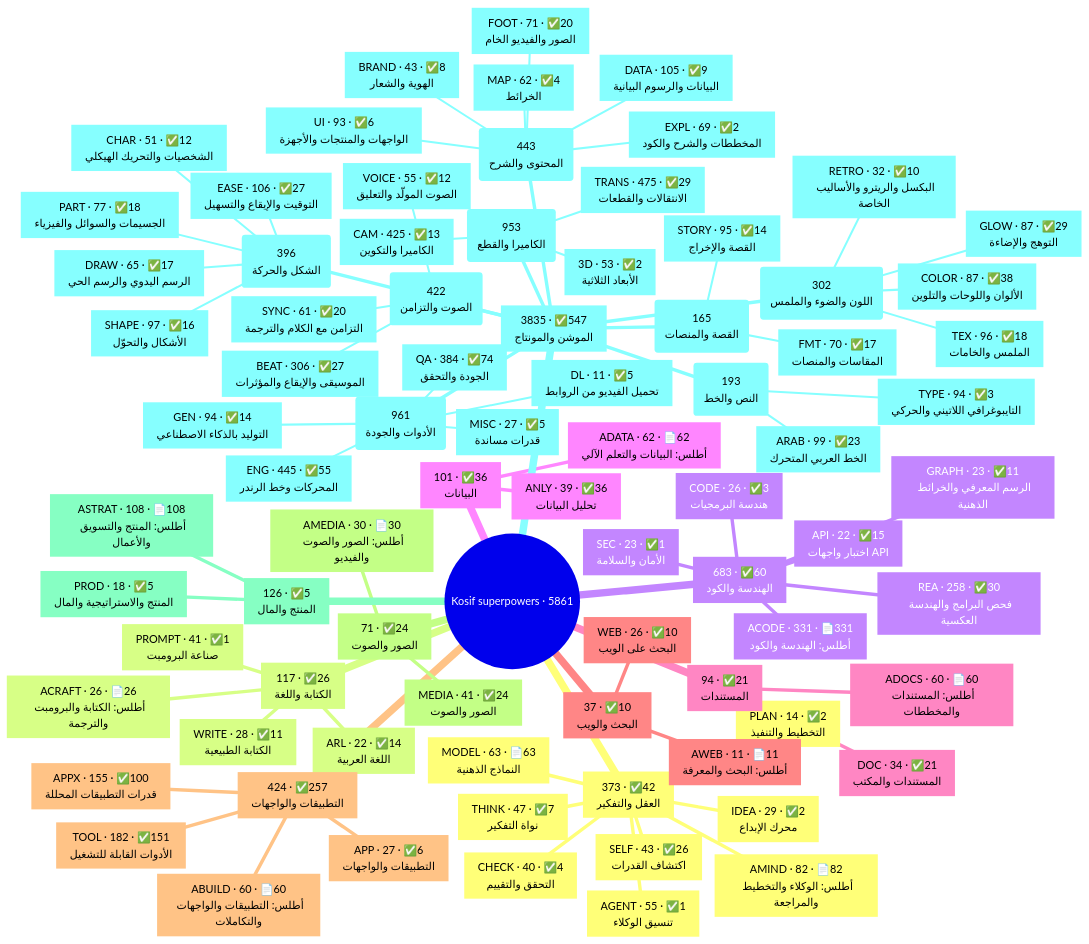
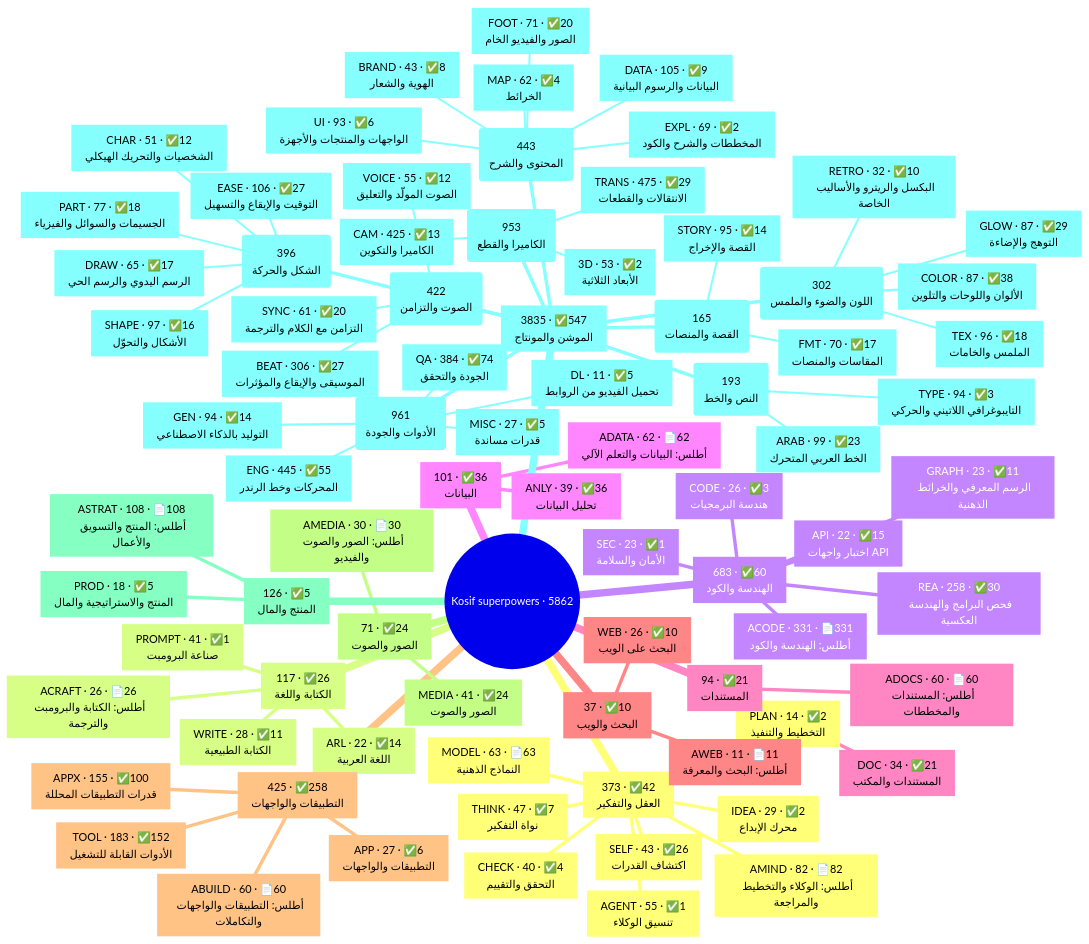
One commit to kosif199022-jpg/kosif-tool changed the first of 2 diagrams in .claude/skills/kosif-superpowers/references/capability-map.md. Above: the diagram before and after it, drawn with Mermaid. The commit also changed other lines of this file and 51 other files, not shown here.

First line of the commit message:
Add site-snapshot tool: goclone's website cloning capabilities in the superpowers skill

````diff
--- a/.claude/skills/kosif-superpowers/references/capability-map.md
+++ b/.claude/skills/kosif-superpowers/references/capability-map.md
@@ -18,6 +18,6 @@
 ```mermaid
 mindmap
-  root((Kosif superpowers · 5861))
+  root((Kosif superpowers · 5862))
     n1["`373 · ✅42
 العقل والتفكير`"]
       n2["`AMIND · 82 · 📄82
@@ -78,9 +78,9 @@
 البحث على الويب`"]
       n30["`AWEB · 11 · 📄11
 أطلس: البحث والمعرفة`"]
-    n31["`424 · ✅257
+    n31["`425 · ✅258
 التطبيقات والواجهات`"]
-      n32["`TOOL · 182 · ✅151
+      n32["`TOOL · 183 · ✅152
 الأدوات القابلة للتشغيل`"]
       n33["`APPX · 155 · ✅100
 قدرات التطبيقات المحللة`"]
````
